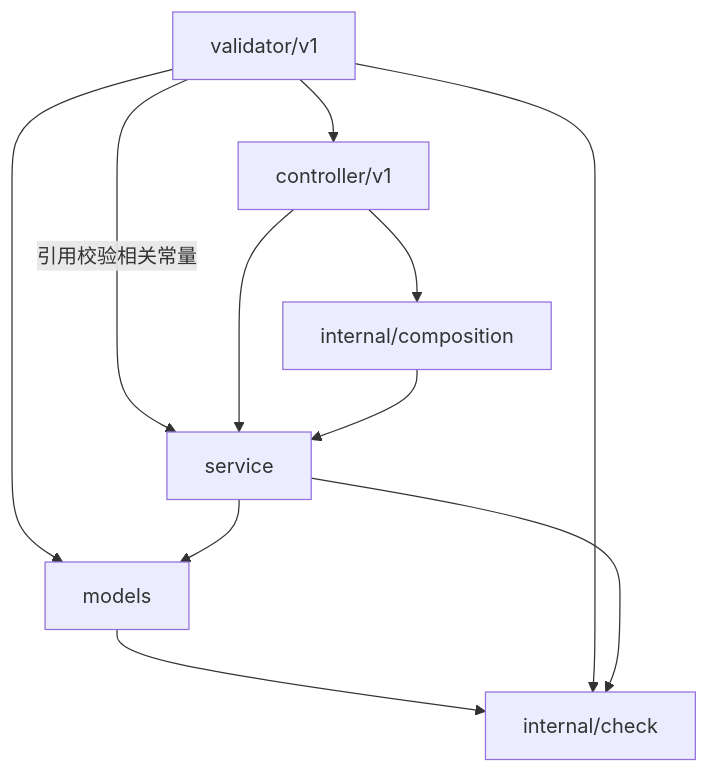
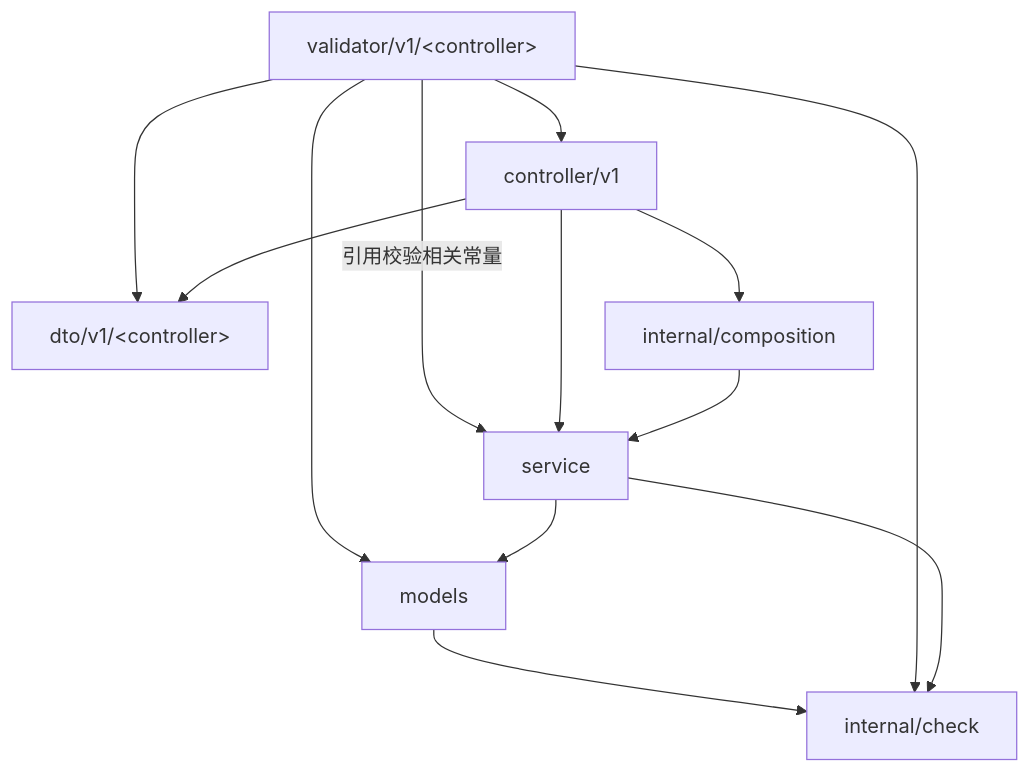
Before and after one commit to icecream154/go-service-template: the second of 2 diagrams in specifications/application/api-service-validator.md, drawn with Mermaid. The commit also changed other lines of this file and 18 other files, not shown here.

Commit message:
feat: divide dto and validator by controller

````diff
--- a/specifications/application/api-service-validator.md
+++ b/specifications/application/api-service-validator.md
@@ -184,13 +184,15 @@
 ```mermaid
 flowchart TD
-    V["validator/v1"] --> C["controller/v1"]
+    V["validator/v1/&lt;controller&gt;"] --> C["controller/v1"]
+    V --> D["dto/v1/&lt;controller&gt;"]
+    C --> D
     V -->|"引用校验相关常量"| S["service"]
     C --> S
     C --> A["internal/composition"]
     A --> S
     V --> M["models"]
     S --> M
     M --> K["internal/check"]
     V --> K
     S --> K
 ```
````
